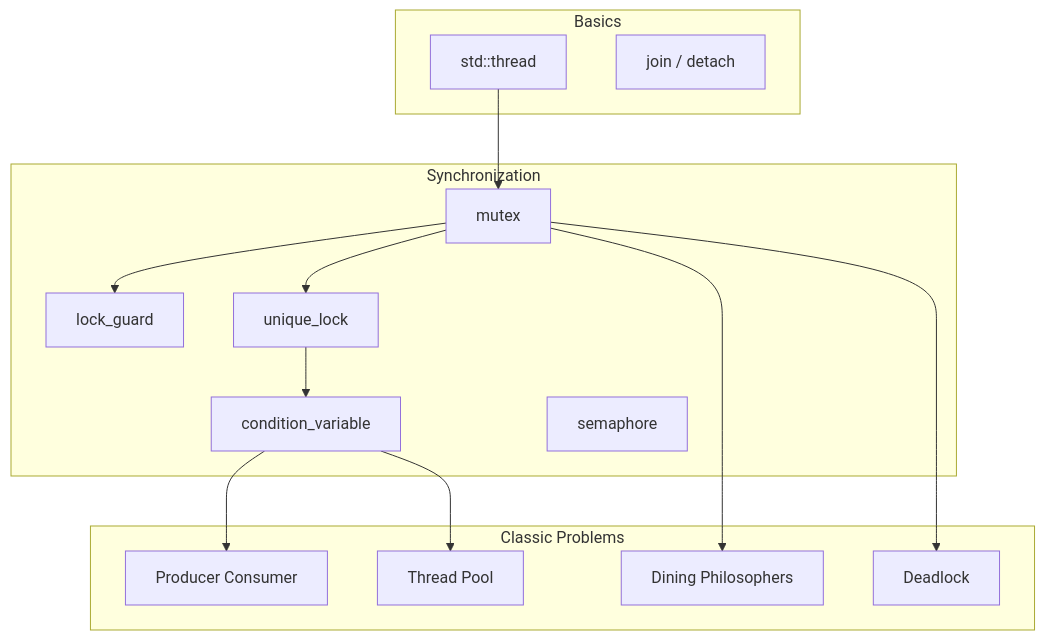
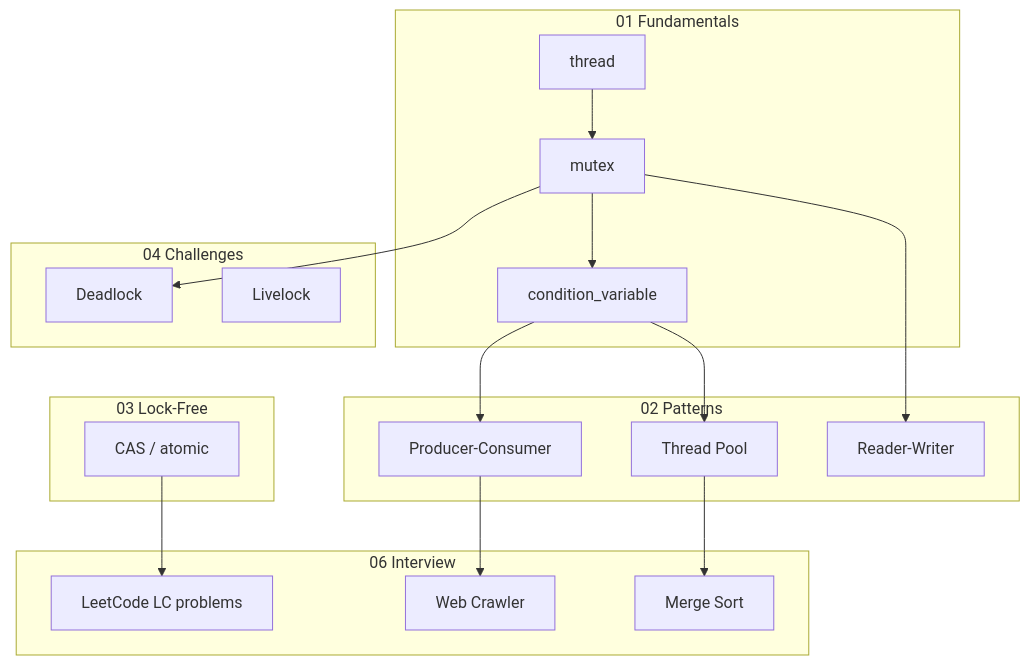
Before and after one commit to subhm2004/LLD: the second of 2 diagrams in Multi_threading_C++/README.md, drawn with Mermaid. The commit also changed other lines of this file and 271 other files, not shown here.

````diff
--- a/Multi_threading_C++/README.md
+++ b/Multi_threading_C++/README.md
@@ -137,31 +220,37 @@
 ```mermaid
 flowchart TB
-    subgraph basics [Basics]
-        T[std::thread]
-        J[join / detach]
+    subgraph basics [01 Fundamentals]
+        T[thread]
+        M[mutex]
+        CV[condition_variable]
     end
 
-    subgraph sync [Synchronization]
-        M[mutex]
-        LG[lock_guard]
-        UL[unique_lock]
-        CV[condition_variable]
-        SEM[semaphore]
+    subgraph patterns [02 Patterns]
+        PC[Producer-Consumer]
+        TP[Thread Pool]
+        RW[Reader-Writer]
     end
 
-    subgraph problems [Classic Problems]
-        PC[Producer Consumer]
-        DP[Dining Philosophers]
-        DL[Deadlock]
-        TP[Thread Pool]
+    subgraph lockfree [03 Lock-Free]
+        CAS[CAS / atomic]
     end
 
-    T --> M
-    M --> LG
-    M --> UL
-    UL --> CV
-    CV --> PC
-    M --> DP
+    subgraph challenges [04 Challenges]
+        DL[Deadlock]
+        LL[Livelock]
+    end
+
+    subgraph interview [06 Interview]
+        LC[LeetCode LC problems]
+        CRAWL[Web Crawler]
+        MS[Merge Sort]
+    end
+
+    T --> M --> CV --> PC
     M --> DL
     CV --> TP
+    M --> RW
+    CAS --> LC
+    PC --> CRAWL
+    TP --> MS
 ```
````
